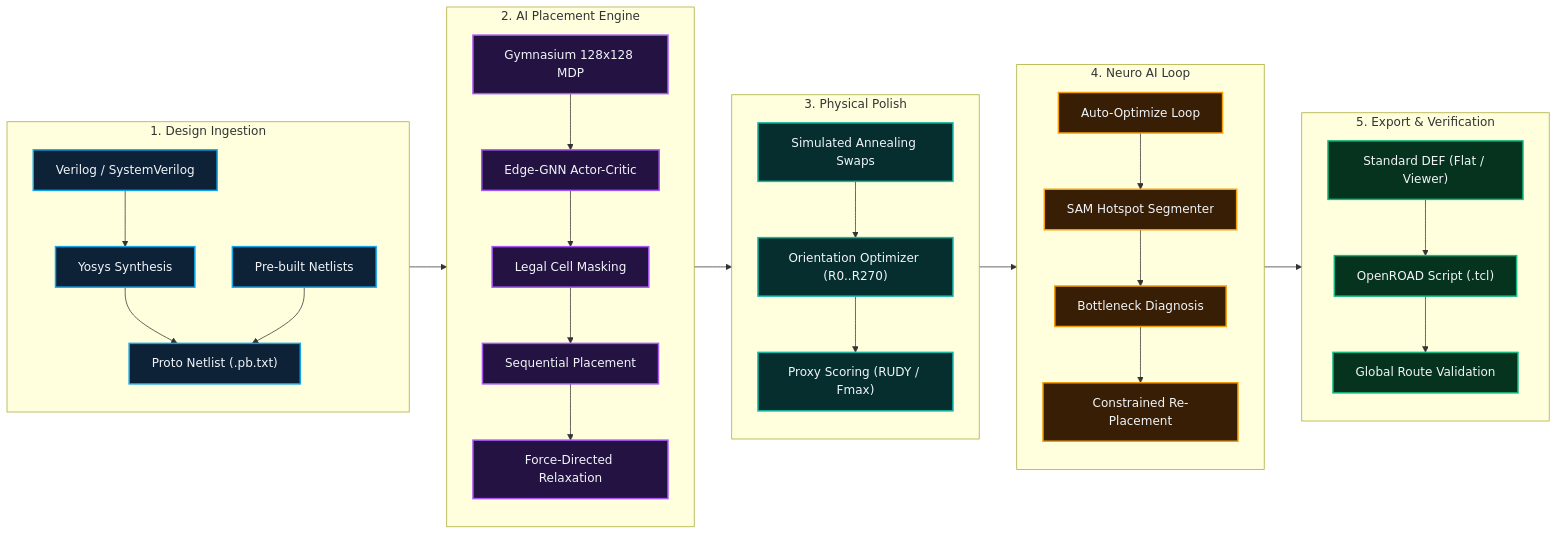
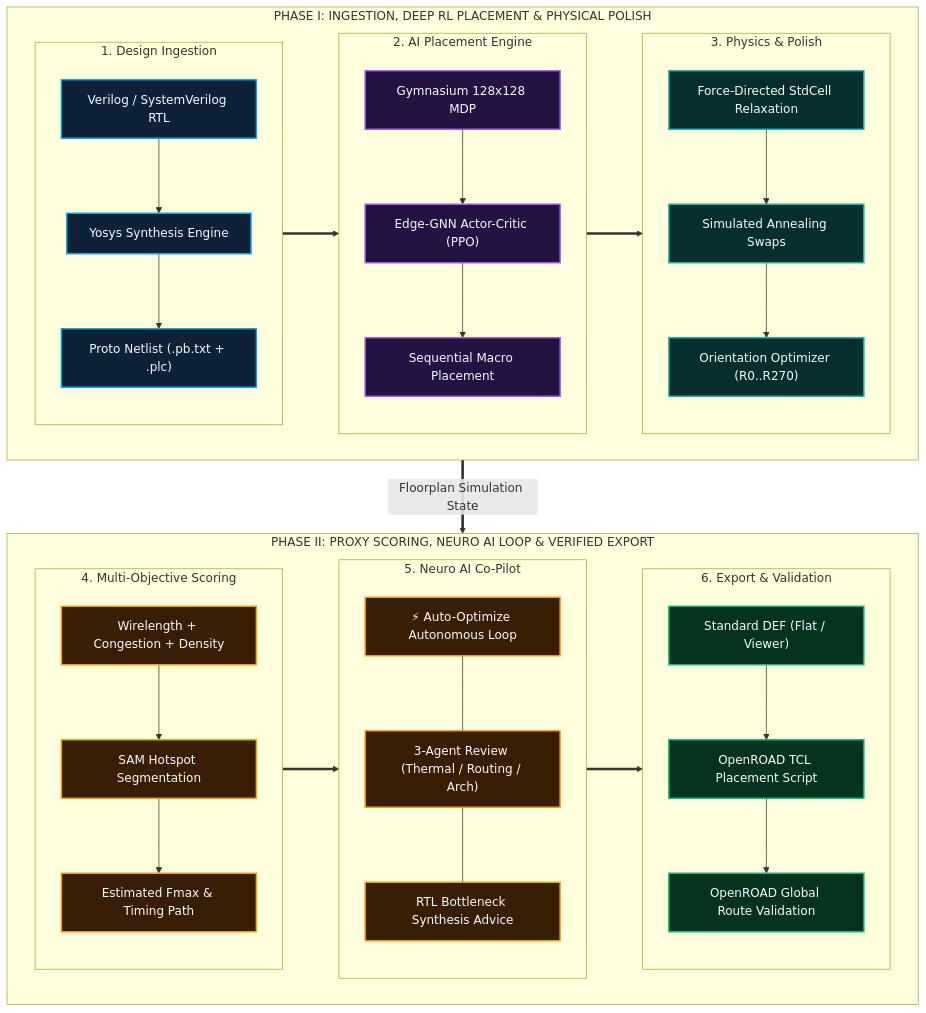
Before and after one commit to IndhirajithHari/neuro-silicon: the diagram in README.md, drawn with Mermaid. The commit also changed other lines of this file, not shown here.

Commit message:
docs: Widen README layout, replace ASCII box with markdown table, and balance 2-tier landscape diagram

````diff
--- a/README.md
+++ b/README.md
@@ -46,58 +47,68 @@
 ```mermaid
-flowchart LR
-    classDef ingestion fill:#0d2137,stroke:#0ea5e9,stroke-width:2px,color:#f1f5f9;
-    classDef engine fill:#241242,stroke:#a855f7,stroke-width:2px,color:#f1f5f9;
-    classDef polish fill:#062e2e,stroke:#14b8a6,stroke-width:2px,color:#f1f5f9;
-    classDef ailoop fill:#381e05,stroke:#f59e0b,stroke-width:2px,color:#f1f5f9;
-    classDef outputs fill:#06331e,stroke:#10b981,stroke-width:2px,color:#f1f5f9;
+flowchart TB
+    classDef stage1 fill:#0d2137,stroke:#0ea5e9,stroke-width:2px,color:#f8fafc;
+    classDef stage2 fill:#241242,stroke:#a855f7,stroke-width:2px,color:#f8fafc;
+    classDef stage3 fill:#062e2e,stroke:#14b8a6,stroke-width:2px,color:#f8fafc;
+    classDef stage4 fill:#381e05,stroke:#f59e0b,stroke-width:2px,color:#f8fafc;
+    classDef stage5 fill:#06331e,stroke:#10b981,stroke-width:2px,color:#f8fafc;
 
-    subgraph S1 ["1. Design Ingestion"]
-        direction TB
-        RTL["Verilog / SystemVerilog"]:::ingestion
-        YOSYS["Yosys Synthesis"]:::ingestion
-        READY["Pre-built Netlists"]:::ingestion
-        PROTO["Proto Netlist (.pb.txt)"]:::ingestion
-        RTL --> YOSYS --> PROTO
-        READY --> PROTO
+    subgraph PHASE1 ["PHASE I: INGESTION, DEEP RL PLACEMENT & PHYSICAL POLISH"]
+        direction LR
+        subgraph S1 ["1. Design Ingestion"]
+            direction TB
+            RTL["Verilog / SystemVerilog RTL"]:::stage1
+            YOSYS["Yosys Synthesis Engine"]:::stage1
+            NETLIST["Proto Netlist (.pb.txt + .plc)"]:::stage1
+            RTL --> YOSYS --> NETLIST
+        end
+
+        subgraph S2 ["2. AI Placement Engine"]
+            direction TB
+            MDP["Gymnasium 128x128 MDP"]:::stage2
+            GNN["Edge-GNN Actor-Critic (PPO)"]:::stage2
+            PLACE["Sequential Macro Placement"]:::stage2
+            MDP --> GNN --> PLACE
+        end
+
+        subgraph S3 ["3. Physics & Polish"]
+            direction TB
+            RELAX["Force-Directed StdCell Relaxation"]:::stage3
+            SA["Simulated Annealing Swaps"]:::stage3
+            FLIP["Orientation Optimizer (R0..R270)"]:::stage3
+            RELAX --> SA --> FLIP
+        end
+
+        S1 ==> S2 ==> S3
     end
 
-    subgraph S2 ["2. AI Placement Engine"]
-        direction TB
-        MDP["Gymnasium 128x128 MDP"]:::engine
-        GNN["Edge-GNN Actor-Critic"]:::engine
-        MASK["Legal Cell Masking"]:::engine
-        PLACE["Sequential Placement"]:::engine
-        RELAX["Force-Directed Relaxation"]:::engine
-        MDP --> GNN --> MASK --> PLACE --> RELAX
+    subgraph PHASE2 ["PHASE II: PROXY SCORING, NEURO AI LOOP & VERIFIED EXPORT"]
+        direction LR
+        subgraph S4 ["4. Multi-Objective Scoring"]
+            direction TB
+            PROXY["Wirelength + Congestion + Density"]:::stage4
+            SAM["SAM Hotspot Segmentation"]:::stage4
+            FMAX["Estimated Fmax & Timing Path"]:::stage4
+            PROXY --> SAM --> FMAX
+        end
+
+        subgraph S5 ["5. Neuro AI Co-Pilot"]
+            direction TB
+            AUTOLOOP["⚡ Auto-Optimize Autonomous Loop"]:::stage4
+            REVIEW["3-Agent Review (Thermal / Routing / Arch)"]:::stage4
+            RTLFIX["RTL Bottleneck Synthesis Advice"]:::stage4
+            AUTOLOOP --- REVIEW --- RTLFIX
+        end
+
+        subgraph S6 ["6. Export & Validation"]
+            direction TB
+            DEF["Standard DEF (Flat / Viewer)"]:::stage5
+            TCL["OpenROAD TCL Placement Script"]:::stage5
+            ROUTE["OpenROAD Global Route Validation"]:::stage5
+            DEF --> TCL --> ROUTE
+        end
+
+        S4 ==> S5 ==> S6
     end
 
-    subgraph S3 ["3. Physical Polish"]
-        direction TB
-        SA["Simulated Annealing Swaps"]:::polish
-        FLIP["Orientation Optimizer (R0..R270)"]:::polish
-        PROXY["Proxy Scoring (RUDY / Fmax)"]:::polish
-        SA --> FLIP --> PROXY
-    end
-
-    subgraph S4 ["4. Neuro AI Loop"]
-        direction TB
-        AUTOLOOP["Auto-Optimize Loop"]:::ailoop
-        SAM["SAM Hotspot Segmenter"]:::ailoop
-        ADVICE["Bottleneck Diagnosis"]:::ailoop
-        REPUTE["Constrained Re-Placement"]:::ailoop
-        AUTOLOOP --> SAM --> ADVICE --> REPUTE
-    end
-
-    subgraph S5 ["5. Export & Verification"]
-        direction TB
-        DEF["Standard DEF (Flat / Viewer)"]:::outputs
-        TCL["OpenROAD Script (.tcl)"]:::outputs
-        ROUTE["Global Route Validation"]:::outputs
-        DEF --> TCL --> ROUTE
-    end
-
-    PROTO --> MDP
-    RELAX --> SA
-    PROXY --> AUTOLOOP
-    REPUTE --> DEF
+    PHASE1 ==>|Floorplan Simulation State| PHASE2
 ```
````
